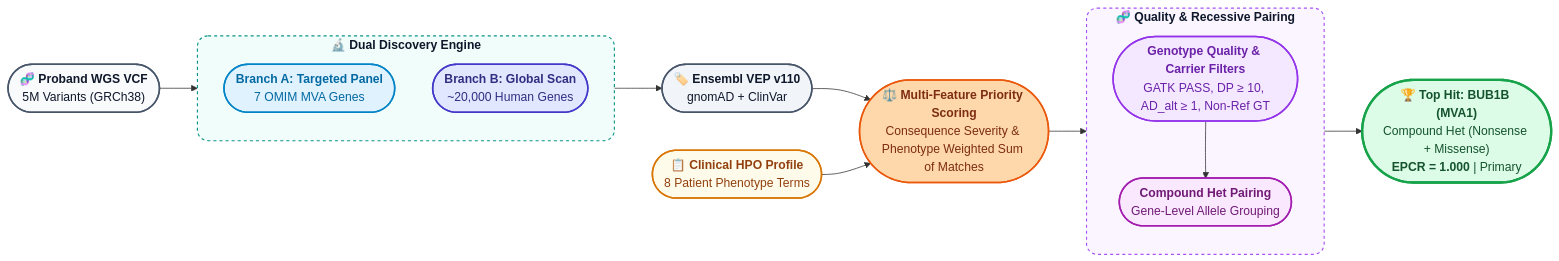
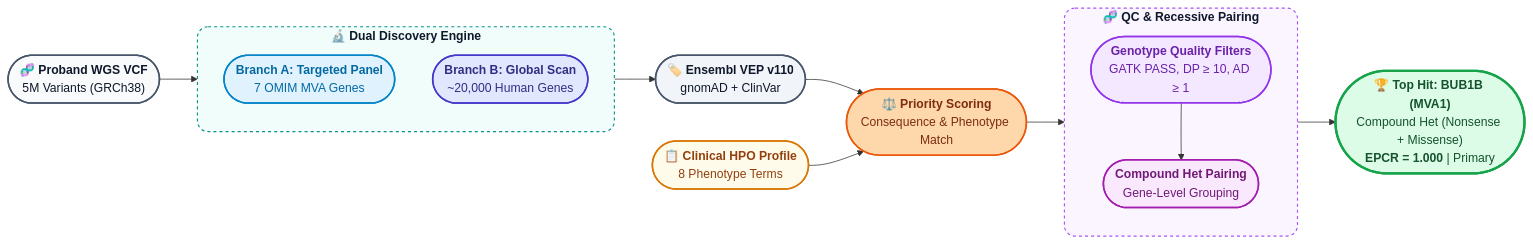
The diagram in track1/antocad3_track1_report.md (antocad/mva_hackathon), drawn with Mermaid before and after one commit. The commit also changed other lines of this file and 2 other files, not shown here.

````diff
--- a/track1/antocad3_track1_report.md
+++ b/track1/antocad3_track1_report.md
@@ -20,47 +28,45 @@
 ```mermaid
 flowchart LR
     %% Custom Styling
     classDef inputNode fill:#f8fafc,stroke:#475569,stroke-width:2px,color:#0f172a,rx:12,ry:12;
     classDef phenoNode fill:#fffbeb,stroke:#d97706,stroke-width:2px,color:#92400e,rx:12,ry:12;
     classDef branchA fill:#e0f2fe,stroke:#0284c7,stroke-width:2px,color:#0369a1,rx:12,ry:12;
     classDef branchB fill:#e0e7ff,stroke:#4338ca,stroke-width:2px,color:#312e81,rx:12,ry:12;
     classDef vepNode fill:#f1f5f9,stroke:#475569,stroke-width:2px,color:#0f172a,rx:12,ry:12;
     classDef scoreNode fill:#fed7aa,stroke:#ea580c,stroke-width:2px,color:#7c2d12,rx:12,ry:12;
     classDef qcNode fill:#f3e8ff,stroke:#9333ea,stroke-width:2px,color:#6b21a8,rx:12,ry:12;
     classDef pairNode fill:#fae8ff,stroke:#a21caf,stroke-width:2px,color:#701a75,rx:12,ry:12;
     classDef winnerNode fill:#dcfce7,stroke:#16a34a,stroke-width:3px,color:#14532d,rx:14,ry:14;
 
     VCF(["🧬 <b>Proband WGS VCF</b><br/>5M Variants (GRCh38)"]):::inputNode
 
     subgraph DualDiscovery[" <span style='color:#0f172a'>🔬 <b>Dual Discovery Engine</b></span> "]
         direction TB
         B1(["<b>Branch A: Targeted Panel</b><br/>7 OMIM MVA Genes"]):::branchA
         B2(["<b>Branch B: Global Scan</b><br/>~20,000 Human Genes"]):::branchB
     end
 
     VEP(["🏷️ <b>Ensembl VEP v110</b><br/>gnomAD + ClinVar"]):::vepNode
-    
-    Pheno(["📋 <b>Clinical HPO Profile</b><br/>8 Patient Phenotype Terms"]):::phenoNode
+    Pheno(["📋 <b>Clinical HPO Profile</b><br/>8 Phenotype Terms"]):::phenoNode
+    Scoring(["⚖️ <b>Priority Scoring</b><br/>Consequence & Phenotype Match"]):::scoreNode
 
-    Scoring(["⚖️ <b>Multi-Feature Priority Scoring</b><br/>Consequence Severity & Phenotype Weighted Sum of Matches"]):::scoreNode
-
-    subgraph RecessiveMerge[" <span style='color:#0f172a'>🧬 <b>Quality & Recessive Pairing</b></span> "]
+    subgraph RecessiveMerge[" <span style='color:#0f172a'>🧬 <b>QC & Recessive Pairing</b></span> "]
         direction TB
-        QC(["<b>Genotype Quality & Carrier Filters</b><br/>GATK PASS, DP ≥ 10, AD_alt ≥ 1, Non-Ref GT"]):::qcNode
-        Pairing(["<b>Compound Het Pairing</b><br/>Gene-Level Allele Grouping"]):::pairNode
+        QC(["<b>Genotype Quality Filters</b><br/>GATK PASS, DP ≥ 10, AD ≥ 1"]):::qcNode
+        Pairing(["<b>Compound Het Pairing</b><br/>Gene-Level Grouping"]):::pairNode
     end
 
     TopHit(["🏆 <b>Top Hit: BUB1B (MVA1)</b><br/>Compound Het (Nonsense + Missense)<br/><b>EPCR = 1.000</b> | Primary"]):::winnerNode
 
     %% Data Flow
     VCF --> DualDiscovery
     DualDiscovery --> VEP
     VEP --> Scoring
     Pheno --> Scoring
     Scoring --> QC
     QC --> Pairing
     Pairing --> TopHit
 
     style DualDiscovery fill:#f0fdfa,stroke:#0d9488,stroke-width:1.5px,stroke-dasharray: 4 4,rx:14,ry:14,color:#0f172a
     style RecessiveMerge fill:#faf5ff,stroke:#a855f7,stroke-width:1.5px,stroke-dasharray: 4 4,rx:14,ry:14
 ```
````
